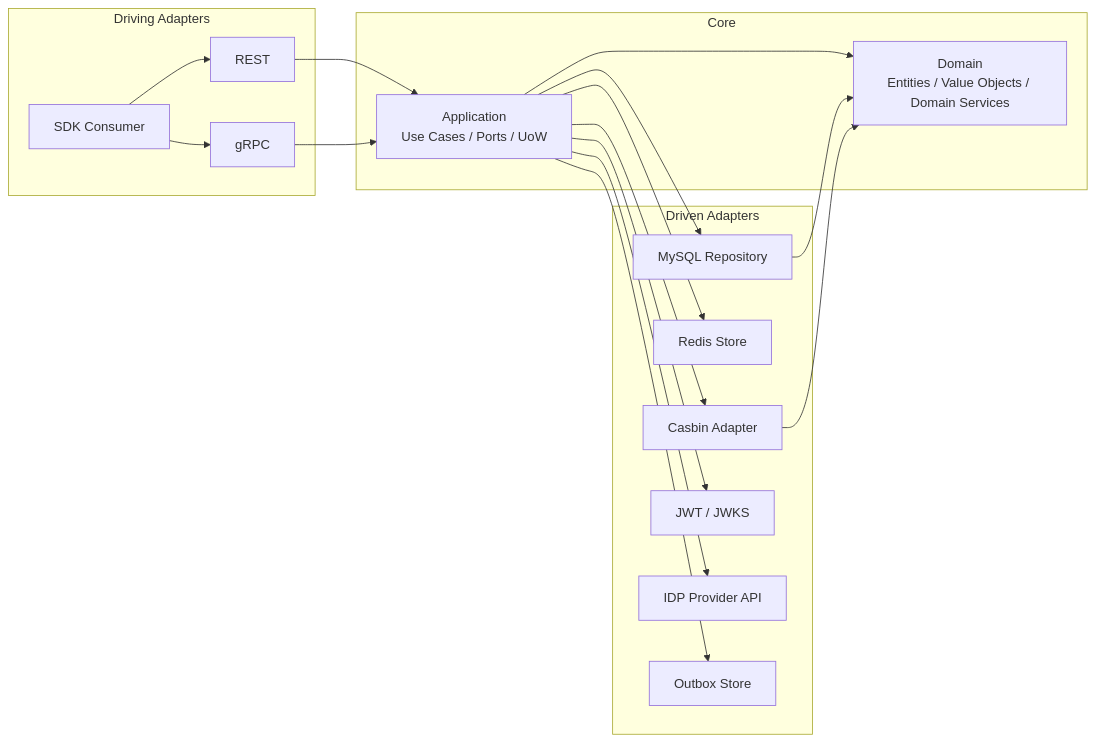
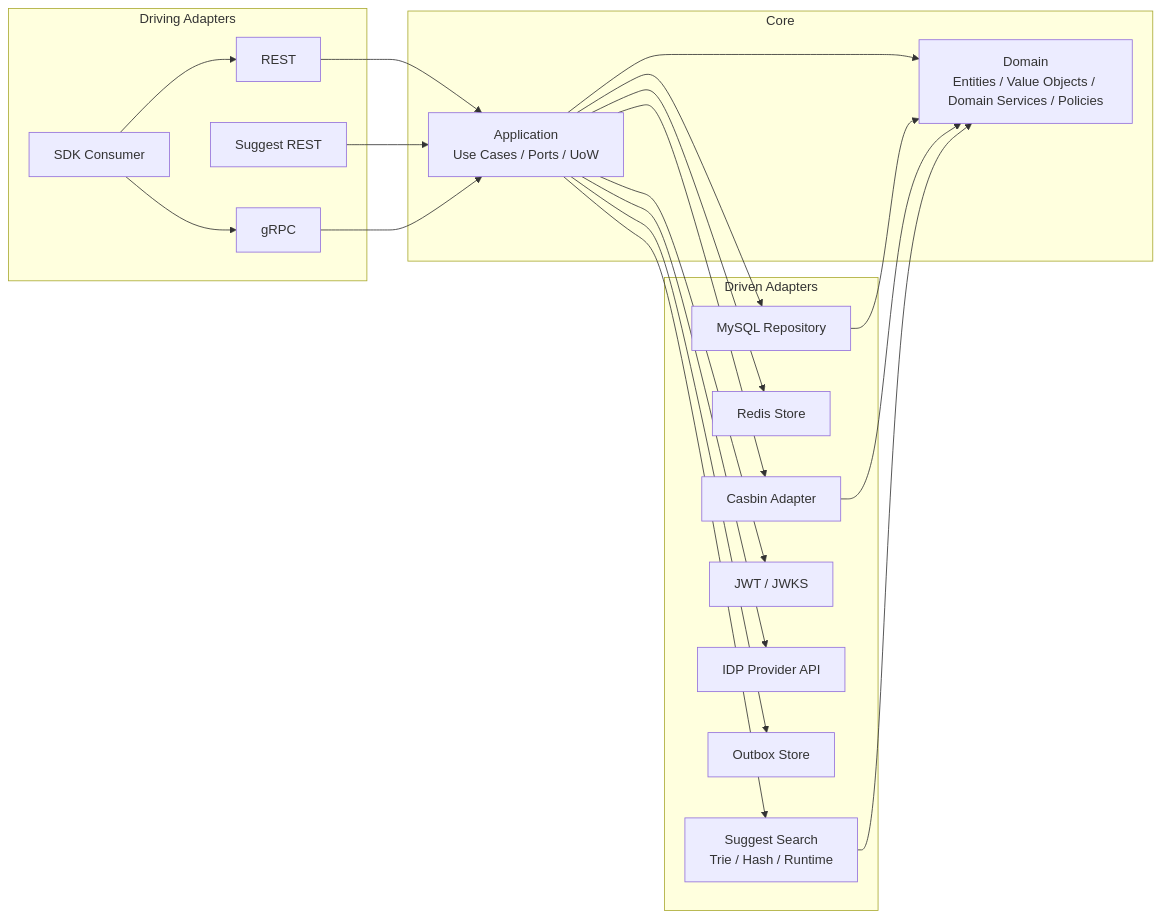
Before and after one commit to FangcunMount/iam: the fifth of 35 diagrams in docs/07-宣讲/12-架构图素材索引.md, drawn with Mermaid. The commit also changed other lines of this file and 16 other files, not shown here.

````diff
--- a/docs/07-宣讲/12-架构图素材索引.md
+++ b/docs/07-宣讲/12-架构图素材索引.md
@@ -351,38 +360,43 @@
 ```mermaid
 flowchart LR
     subgraph Core["Core"]
-        Domain["Domain<br/>Entities / Value Objects / Domain Services"]
+        Domain["Domain<br/>Entities / Value Objects / Domain Services / Policies"]
         Application["Application<br/>Use Cases / Ports / UoW"]
         Application --> Domain
     end
 
     subgraph Driving["Driving Adapters"]
         REST["REST"]
+        SuggestREST["Suggest REST"]
         GRPC["gRPC"]
         SDKConsumer["SDK Consumer"]
     end
 
     subgraph Driven["Driven Adapters"]
         MySQL["MySQL Repository"]
         Redis["Redis Store"]
         Casbin["Casbin Adapter"]
         JWT["JWT / JWKS"]
         IDPAPI["IDP Provider API"]
         Outbox["Outbox Store"]
+        SuggestSearch["Suggest Search<br/>Trie / Hash / Runtime"]
     end
 
     REST --> Application
+    SuggestREST --> Application
     GRPC --> Application
     SDKConsumer --> REST
     SDKConsumer --> GRPC
 
     Application --> MySQL
     Application --> Redis
     Application --> Casbin
     Application --> JWT
     Application --> IDPAPI
     Application --> Outbox
+    Application --> SuggestSearch
 
     MySQL --> Domain
     Casbin --> Domain
+    SuggestSearch --> Domain
 ```
````
